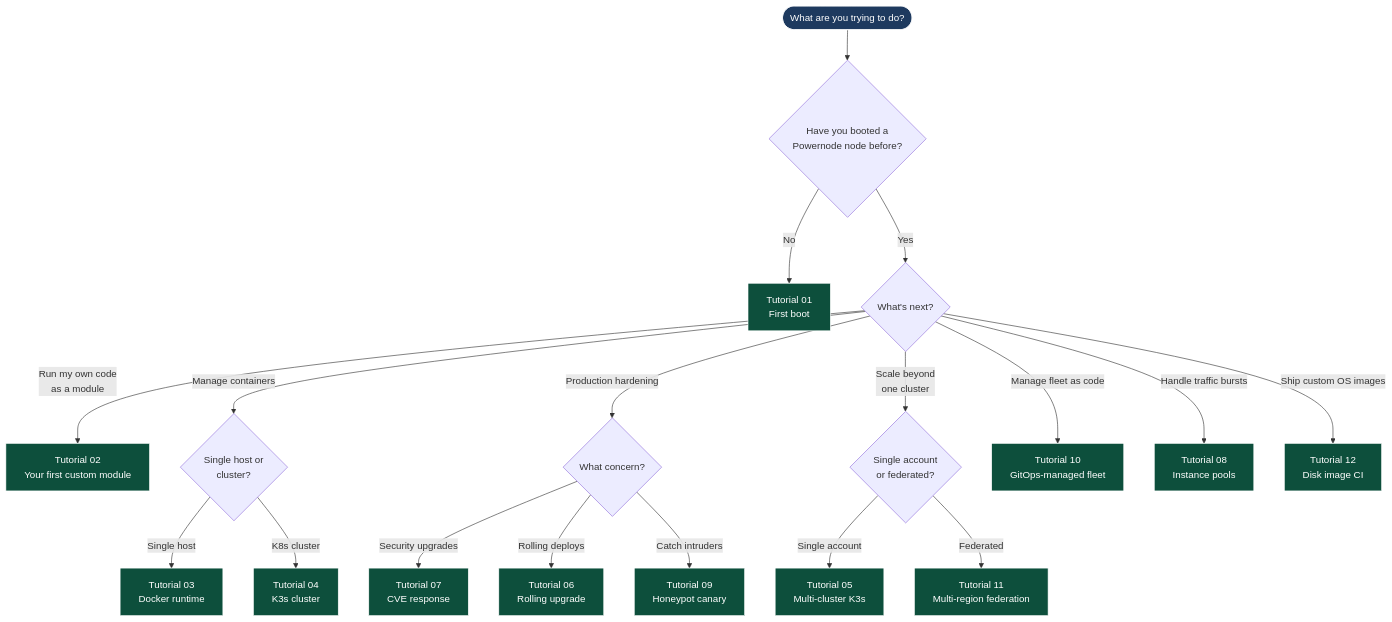
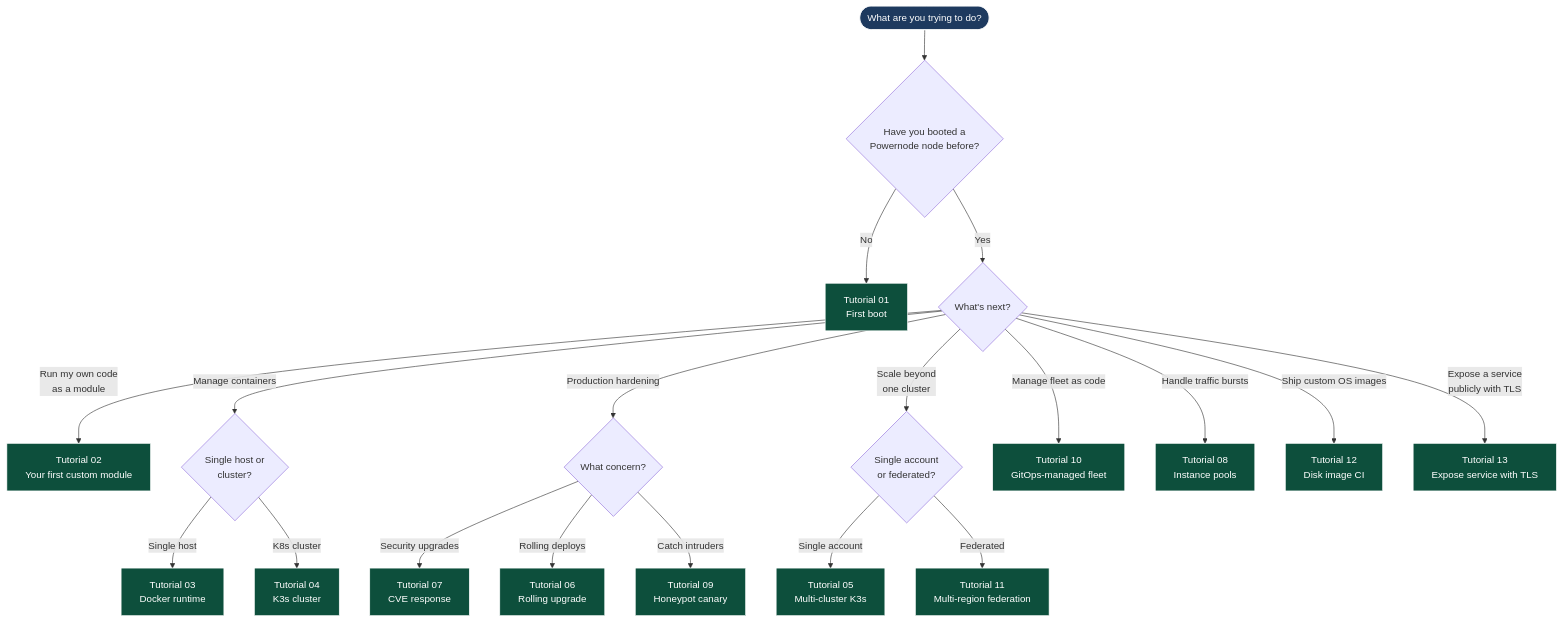
Before and after one commit to nodealchemy/powernode-system: the diagram in docs/tutorials/INDEX.md, drawn with Mermaid. The commit also changed other lines of this file and 6 other files, not shown here.

First line of the commit message:
docs(ingress): INGRESS_TLS_GUIDE + expose-service runbook + tutorial 13

````diff
--- a/docs/tutorials/INDEX.md
+++ b/docs/tutorials/INDEX.md
@@ -6,29 +6,30 @@
 ```mermaid
 flowchart TD
     Start([What are you trying to do?]):::start
 
     Start --> Q1{Have you booted a<br/>Powernode node before?}
     Q1 -->|No| T01[Tutorial 01<br/>First boot]:::leaf
     Q1 -->|Yes| Q2{What's next?}
 
     Q2 -->|Run my own code<br/>as a module| T02[Tutorial 02<br/>Your first custom module]:::leaf
     Q2 -->|Manage containers| Q3{Single host or<br/>cluster?}
     Q2 -->|Production hardening| Q4{What concern?}
     Q2 -->|Scale beyond<br/>one cluster| Q5{Single account<br/>or federated?}
     Q2 -->|Manage fleet as code| T10[Tutorial 10<br/>GitOps-managed fleet]:::leaf
     Q2 -->|Handle traffic bursts| T08[Tutorial 08<br/>Instance pools]:::leaf
     Q2 -->|Ship custom OS images| T12[Tutorial 12<br/>Disk image CI]:::leaf
+    Q2 -->|Expose a service<br/>publicly with TLS| T13[Tutorial 13<br/>Expose service with TLS]:::leaf
 
     Q3 -->|Single host| T03[Tutorial 03<br/>Docker runtime]:::leaf
     Q3 -->|K8s cluster| T04[Tutorial 04<br/>K3s cluster]:::leaf
 
     Q4 -->|Security upgrades| T07[Tutorial 07<br/>CVE response]:::leaf
     Q4 -->|Rolling deploys| T06[Tutorial 06<br/>Rolling upgrade]:::leaf
     Q4 -->|Catch intruders| T09[Tutorial 09<br/>Honeypot canary]:::leaf
 
     Q5 -->|Single account| T05[Tutorial 05<br/>Multi-cluster K3s]:::leaf
     Q5 -->|Federated| T11[Tutorial 11<br/>Multi-region federation]:::leaf
 
     classDef start fill:#1e3a5f,stroke:#fff,color:#fff;
     classDef leaf fill:#0d4f3c,stroke:#fff,color:#fff;
 ```
````
